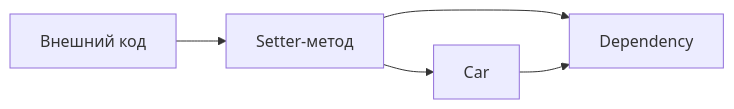
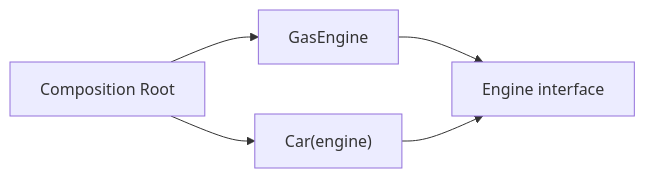
The third of 10 diagrams in lectures/Lec2/vitepress.md (Kert0n/KPO), drawn with Mermaid before and after one commit. The commit also changed other lines of this file and 3 other files, not shown here.

````diff
--- a/lectures/Lec2/vitepress.md
+++ b/lectures/Lec2/vitepress.md
@@ -341,7 +279,7 @@
 ```mermaid
 flowchart LR
-    CompositionRoot[Внешний код] --> Setter[Setter-метод]
-    Setter --> Car[Car]
-    Setter --> Dependency[Dependency]
-    Car --> Dependency
+    Root["Composition Root"] --> GasEngine["GasEngine"]
+    Root --> Car["Car(engine)"]
+    GasEngine --> Engine["Engine interface"]
+    Car --> Engine
 ```
````
